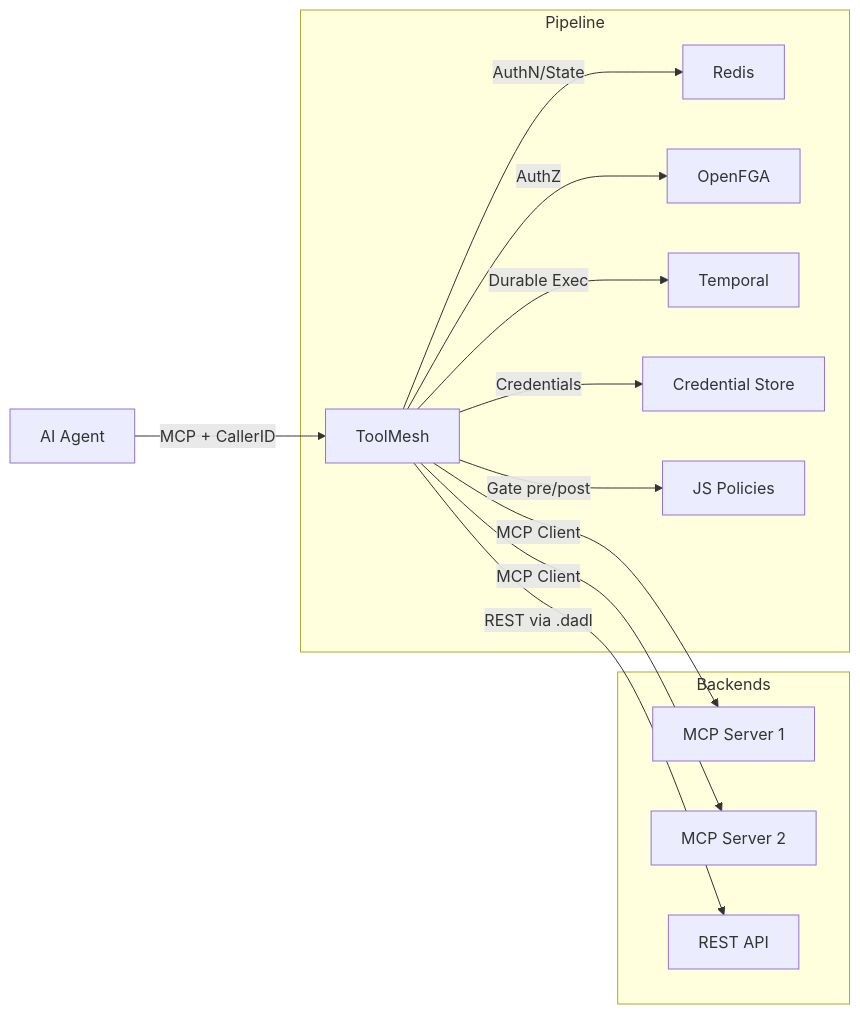
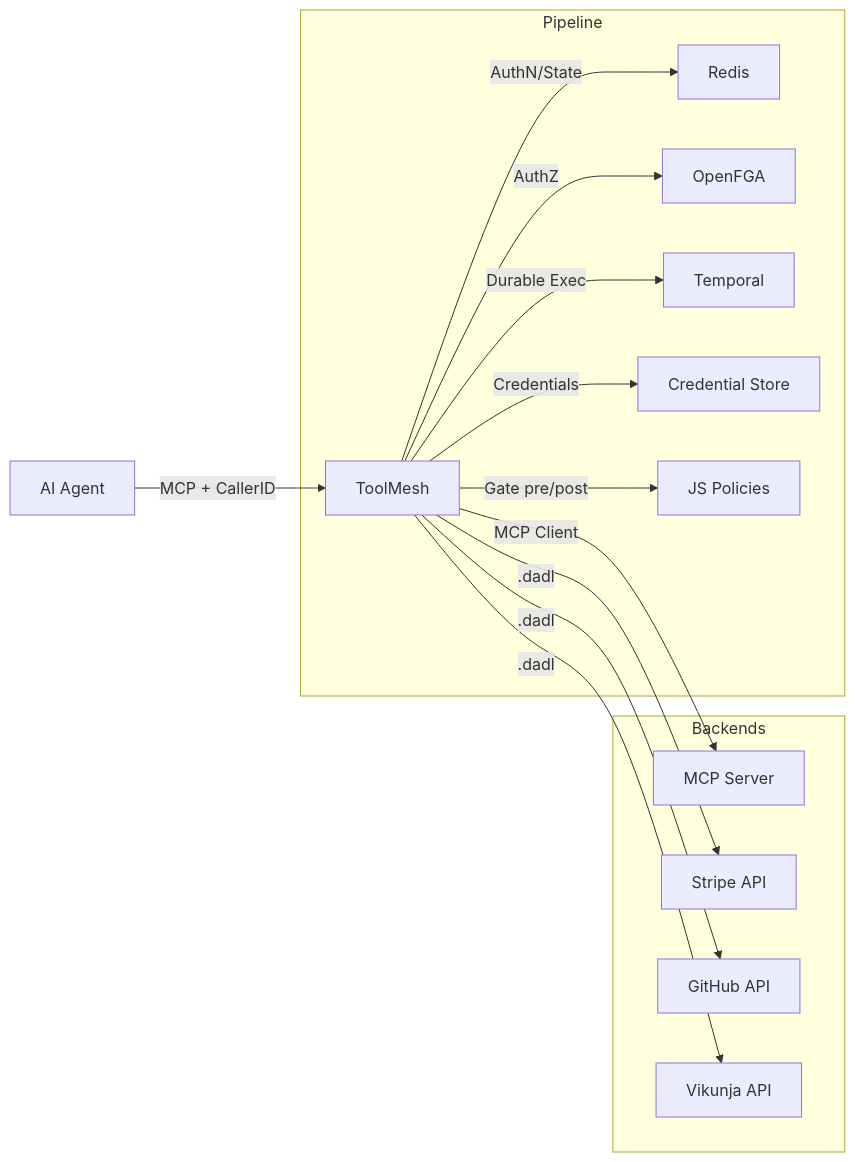
One commit to DunkelCloud/ToolMesh changed the diagram in README.md. Above: the diagram before and after it, drawn with Mermaid.

Commit message:
docs: show DADL backends prominently in architecture diagram

````diff
--- a/README.md
+++ b/README.md
@@ -253,18 +253,19 @@
 ```mermaid
 graph LR
     Agent[AI Agent] -->|"MCP + CallerID"| TM[ToolMesh]
 
     subgraph Pipeline
         TM -->|AuthN/State| Redis
         TM -->|AuthZ| FGA[OpenFGA]
         TM -->|Durable Exec| Temporal
         TM -->|Credentials| CS[Credential Store]
         TM -->|"Gate pre/post"| Policy[JS Policies]
     end
 
     subgraph Backends
-        TM -->|MCP Client| B1[MCP Server 1]
-        TM -->|MCP Client| B2[MCP Server 2]
-        TM -->|"REST via .dadl"| API[REST API]
+        TM -->|MCP Client| B1[MCP Server]
+        TM -->|".dadl"| D1[Stripe API]
+        TM -->|".dadl"| D2[GitHub API]
+        TM -->|".dadl"| D3[Vikunja API]
     end
 ```
````
